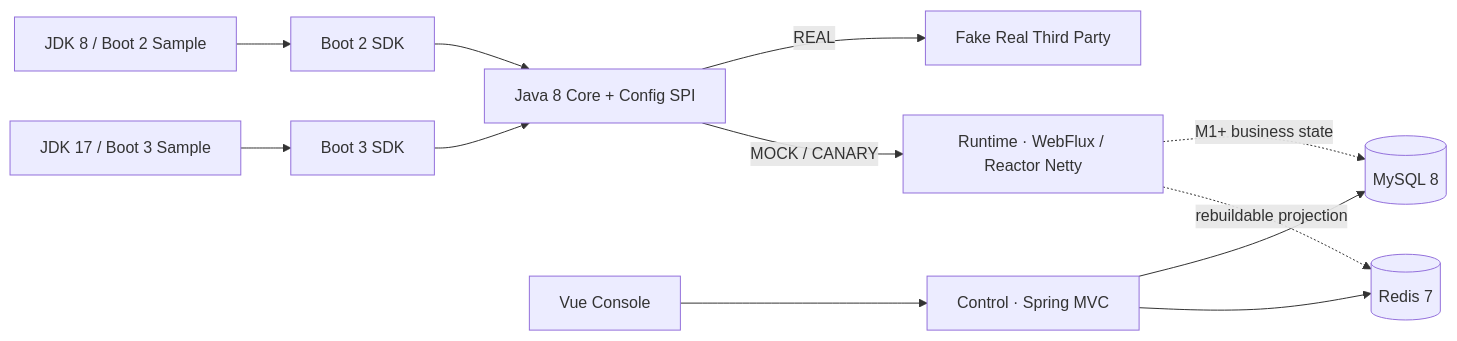
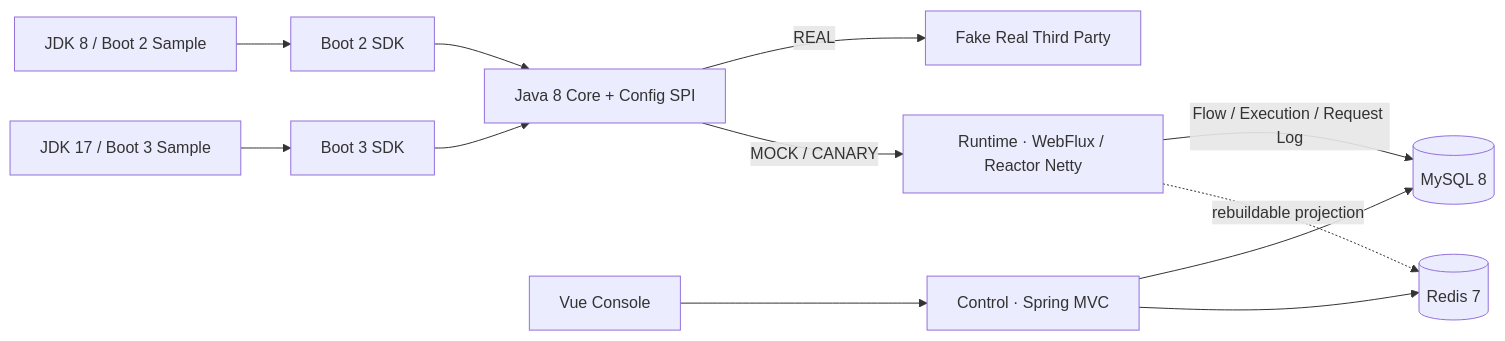
Before and after one commit to Azure-sco/mock-platform: the diagram in README.md, drawn with Mermaid. The commit also changed other lines of this file and 379 other files, not shown here.

````diff
--- a/README.md
+++ b/README.md
@@ -7,14 +7,14 @@
 ```mermaid
 flowchart LR
     B8["JDK 8 / Boot 2 Sample"] --> S8["Boot 2 SDK"]
     B17["JDK 17 / Boot 3 Sample"] --> S17["Boot 3 SDK"]
     S8 --> C["Java 8 Core + Config SPI"]
     S17 --> C
     C -->|"REAL"| F["Fake Real Third Party"]
     C -->|"MOCK / CANARY"| R["Runtime · WebFlux / Reactor Netty"]
     W["Vue Console"] --> P["Control · Spring MVC"]
     P --> M[("MySQL 8")]
     P --> D[("Redis 7")]
-    R -. "M1+ business state" .-> M
+    R -->|"Flow / Execution / Request Log"| M
     R -. "rebuildable projection" .-> D
 ```
````
